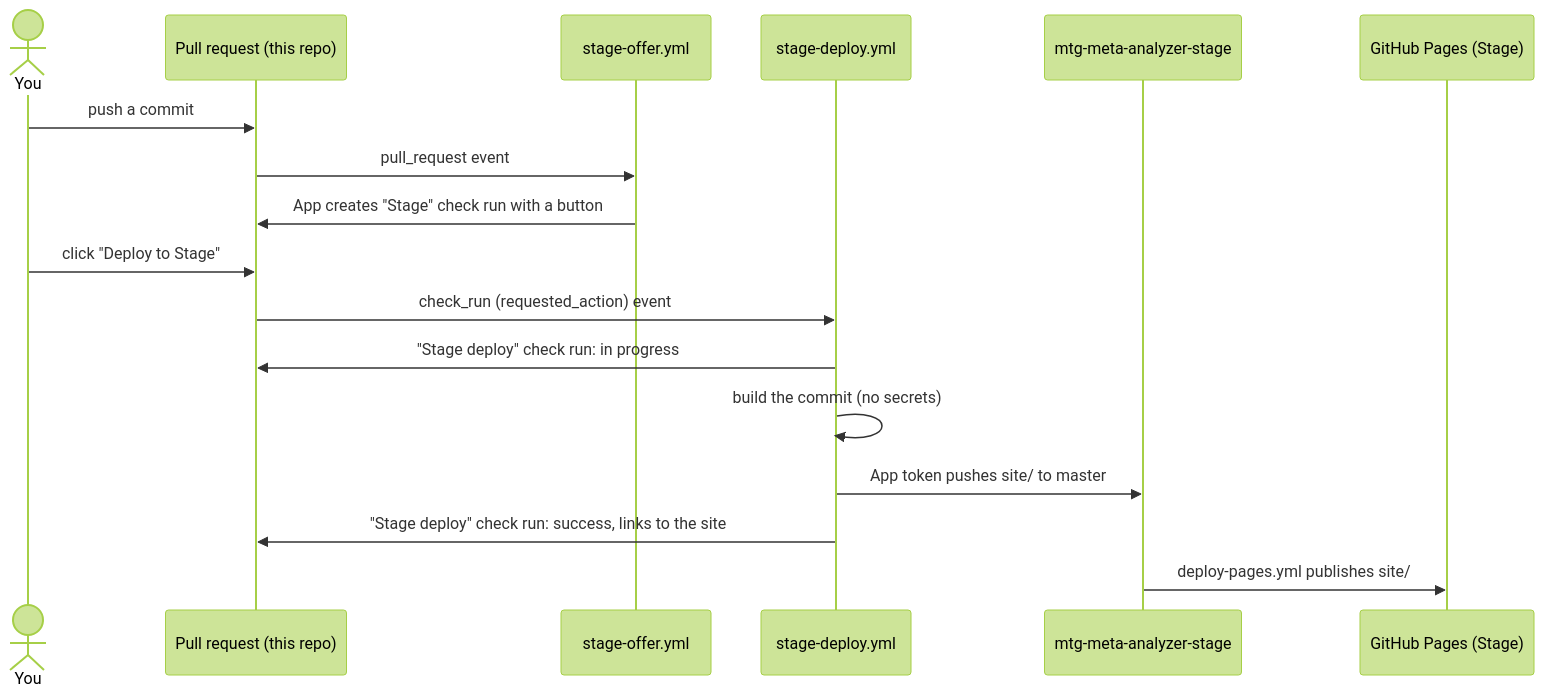
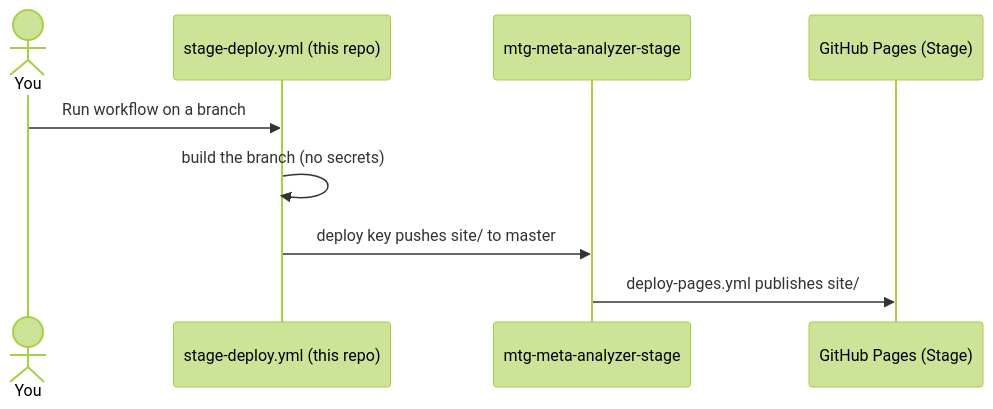
The diagram in docs/stage-environment.md (ziqul/mtg-meta-analyzer), drawn with Mermaid (forest theme) before and after one commit. The commit also changed other lines of this file and 3 other files, not shown here.

First line of the commit message:
Replace the Stage button and GitHub App with a manual run

````diff
--- a/docs/stage-environment.md
+++ b/docs/stage-environment.md
@@ -55,20 +22,12 @@
 ```mermaid
 sequenceDiagram
     actor You
-    participant PR as Pull request (this repo)
-    participant Offer as stage-offer.yml
-    participant Deploy as stage-deploy.yml
+    participant Deploy as stage-deploy.yml (this repo)
     participant Stage as mtg-meta-analyzer-stage
     participant Pages as GitHub Pages (Stage)
 
-    You->>PR: push a commit
-    PR->>Offer: pull_request event
-    Offer->>PR: App creates "Stage" check run with a button
-    You->>PR: click "Deploy to Stage"
-    PR->>Deploy: check_run (requested_action) event
-    Deploy->>PR: "Stage deploy" check run: in progress
-    Deploy->>Deploy: build the commit (no secrets)
-    Deploy->>Stage: App token pushes site/ to master
-    Deploy->>PR: "Stage deploy" check run: success, links to the site
+    You->>Deploy: Run workflow on a branch
+    Deploy->>Deploy: build the branch (no secrets)
+    Deploy->>Stage: deploy key pushes site/ to master
     Stage->>Pages: deploy-pages.yml publishes site/
 ```
````
